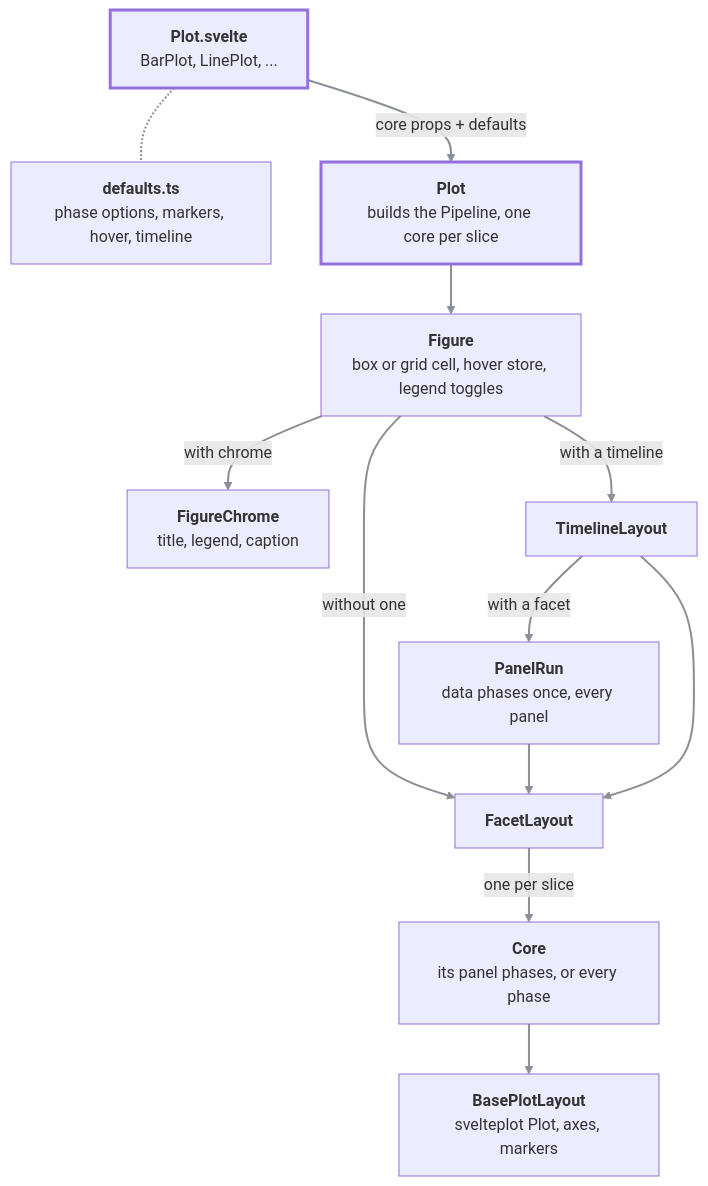
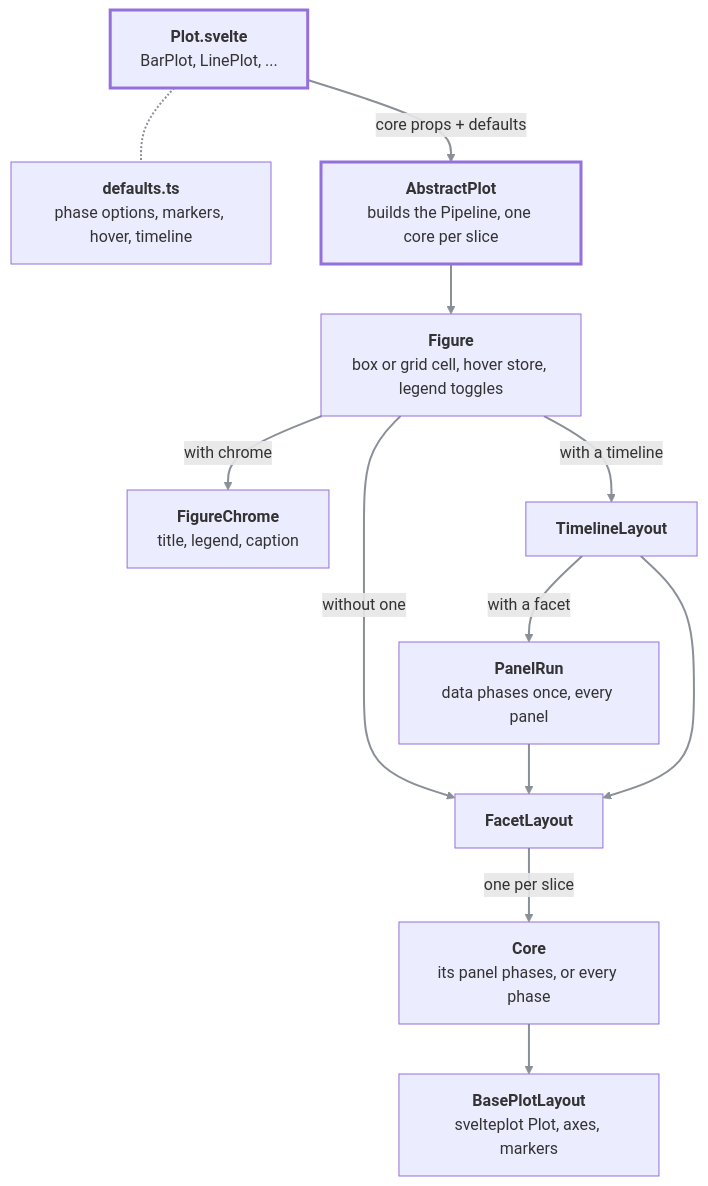
One commit to datos-Fundar/data-chart-telling changed the first of 2 diagrams in docs/architecture.md. Above: the diagram before and after it, drawn with Mermaid. The commit also changed other lines of this file and 32 other files, not shown here.

Commit message:
:sparkles: A generic Plot, of no kind, that draws only its markers; the shared plot shell is now AbstractPlot

````diff
--- a/docs/architecture.md
+++ b/docs/architecture.md
@@ -21,29 +21,29 @@
 ```mermaid
 %%{init: {"themeVariables": {"lineColor": "#8a8f98"}}}%%
 flowchart TD
     Kind["<b>Plot.svelte</b><br/>BarPlot, LinePlot, ..."]
     Defaults["<b>defaults.ts</b><br/>phase options, markers, hover, timeline"]
-    Plot["<b>Plot</b><br/>builds the Pipeline, one core per slice"]
+    AbstractPlot["<b>AbstractPlot</b><br/>builds the Pipeline, one core per slice"]
     Figure["<b>Figure</b><br/>box or grid cell, hover store, legend toggles"]
     Chrome["<b>FigureChrome</b><br/>title, legend, caption"]
     Timeline["<b>TimelineLayout</b>"]
     PanelRun["<b>PanelRun</b><br/>data phases once, every panel"]
     Facet["<b>FacetLayout</b>"]
     Core["<b>Core</b><br/>its panel phases, or every phase"]
     Base["<b>BasePlotLayout</b><br/>svelteplot Plot, axes, markers"]
 
-    Kind -->|core props + defaults| Plot
+    Kind -->|core props + defaults| AbstractPlot
     Kind -.- Defaults
-    Plot --> Figure
+    AbstractPlot --> Figure
     Figure -->|with chrome| Chrome
     Figure -->|with a timeline| Timeline
     Figure -->|without one| Facet
     Timeline -->|with a facet| PanelRun --> Facet
     Timeline --> Facet
     Facet -->|one per slice| Core
     Core --> Base
 
     classDef public stroke-width:3px
-    class Kind,Plot public
+    class Kind,AbstractPlot public
     linkStyle default stroke:#8a8f98,stroke-width:2px
 ```
````
